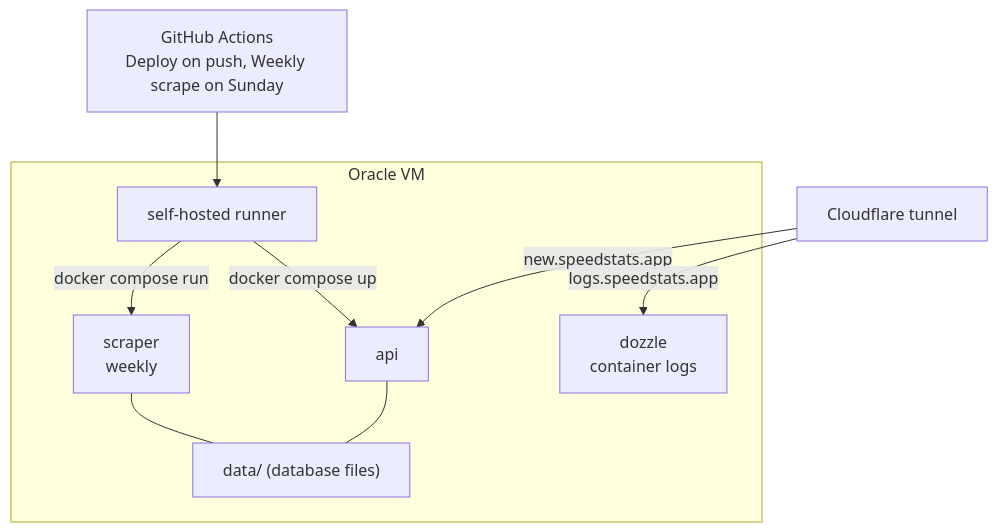
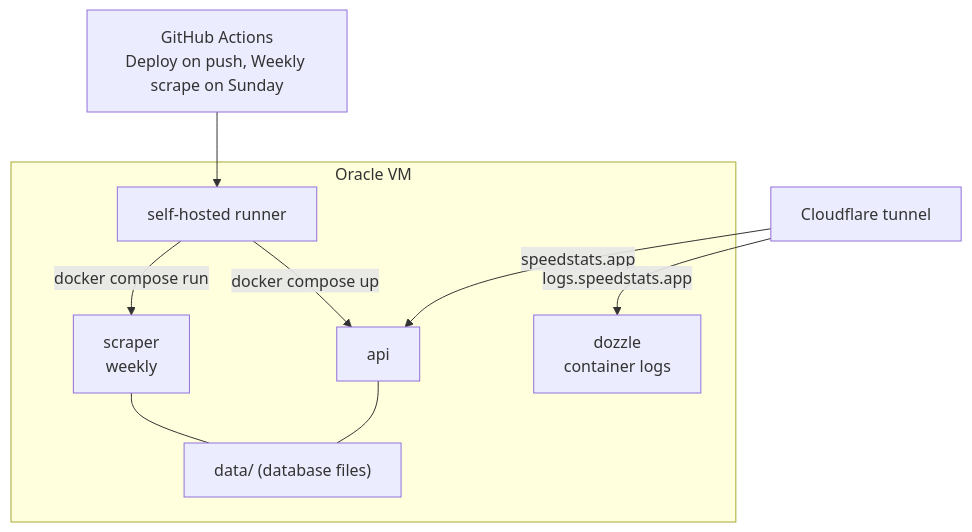
Before and after one commit to ItsMaximum/SpeedStats: the third of 3 diagrams in docs/ARCHITECTURE.md, drawn with Mermaid. The commit also changed other lines of this file and 31 other files, not shown here.

````diff
--- a/docs/ARCHITECTURE.md
+++ b/docs/ARCHITECTURE.md
@@ -89,19 +89,19 @@
 ```mermaid
 flowchart TB
     GH[GitHub Actions<br/>Deploy on push, Weekly scrape on Sunday]
     CF[Cloudflare tunnel]
     subgraph VM["Oracle VM"]
         R[self-hosted runner]
         SC[scraper<br/>weekly]
         API[api]
         DZ[dozzle<br/>container logs]
         DATA["data/ (database files)"]
         R -->|docker compose run| SC
         R -->|docker compose up| API
         SC --- DATA
         API --- DATA
     end
     GH --> R
-    CF -->|new.speedstats.app| API
+    CF -->|speedstats.app| API
     CF -->|logs.speedstats.app| DZ
 ```
````
